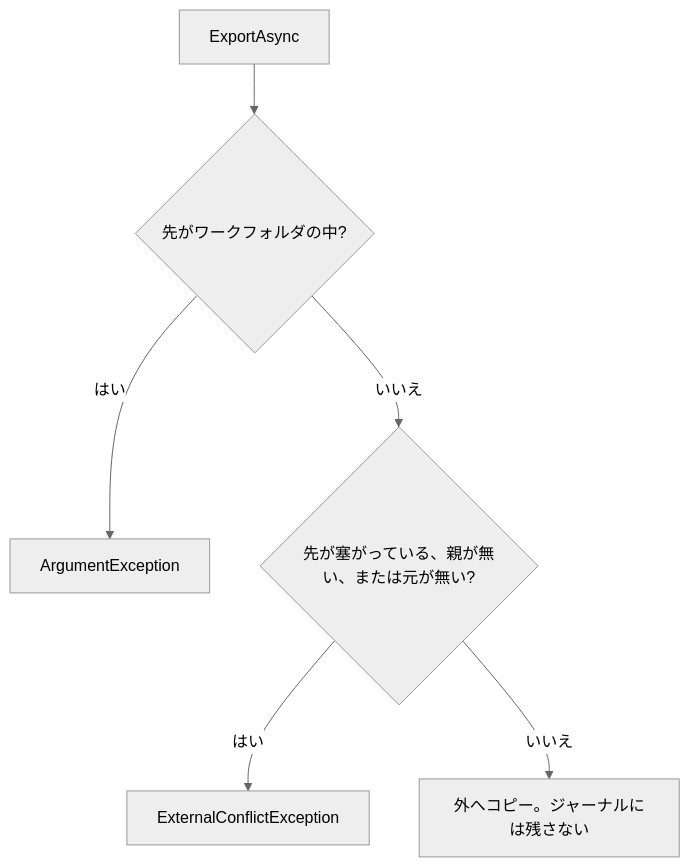
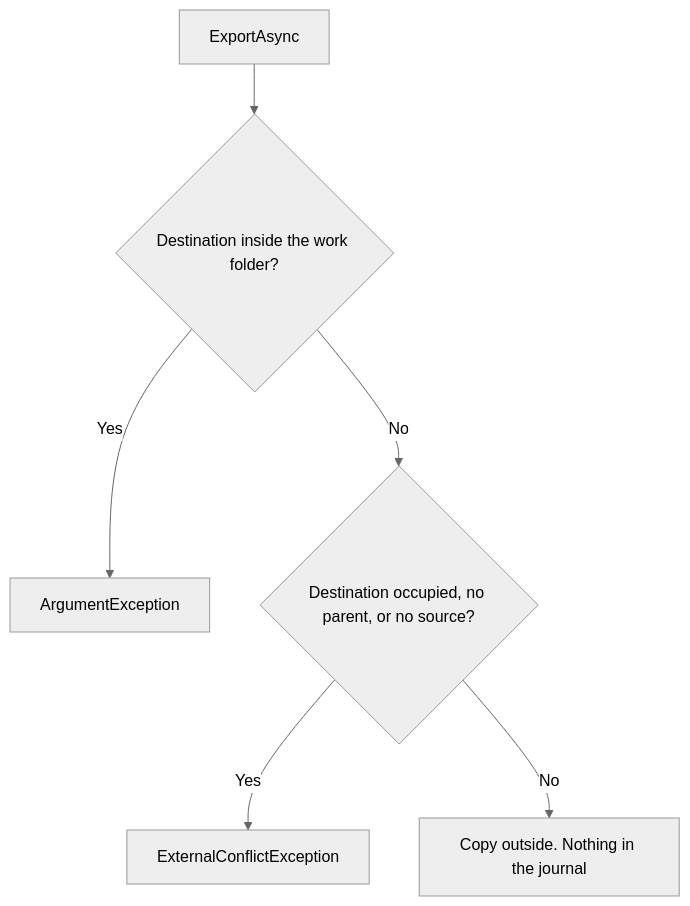
Diagram 13 of 15 in README.md (YUKIKEDA/Txfio), drawn with Mermaid (neutral theme) before and after one commit. The commit also changed other lines of this file and 218 other files, not shown here.

````diff
--- a/README.md
+++ b/README.md
@@ -421,8 +423,8 @@
 ```mermaid
 flowchart TD
-  exp["ExportAsync"] --> inside{"先がワークフォルダの中?"}
-  inside -->|はい| arg["ArgumentException"]
-  inside -->|いいえ| missing{"先が塞がっている、親が無い、または元が無い?"}
-  missing -->|はい| ext["ExternalConflictException"]
-  missing -->|いいえ| out["外へコピー。ジャーナルには残さない"]
+  exp["ExportAsync"] --> inside{"Destination inside the work folder?"}
+  inside -->|Yes| arg["ArgumentException"]
+  inside -->|No| missing{"Destination occupied, no parent, or no source?"}
+  missing -->|Yes| ext["ExternalConflictException"]
+  missing -->|No| out["Copy outside. Nothing in the journal"]
 ```
````
